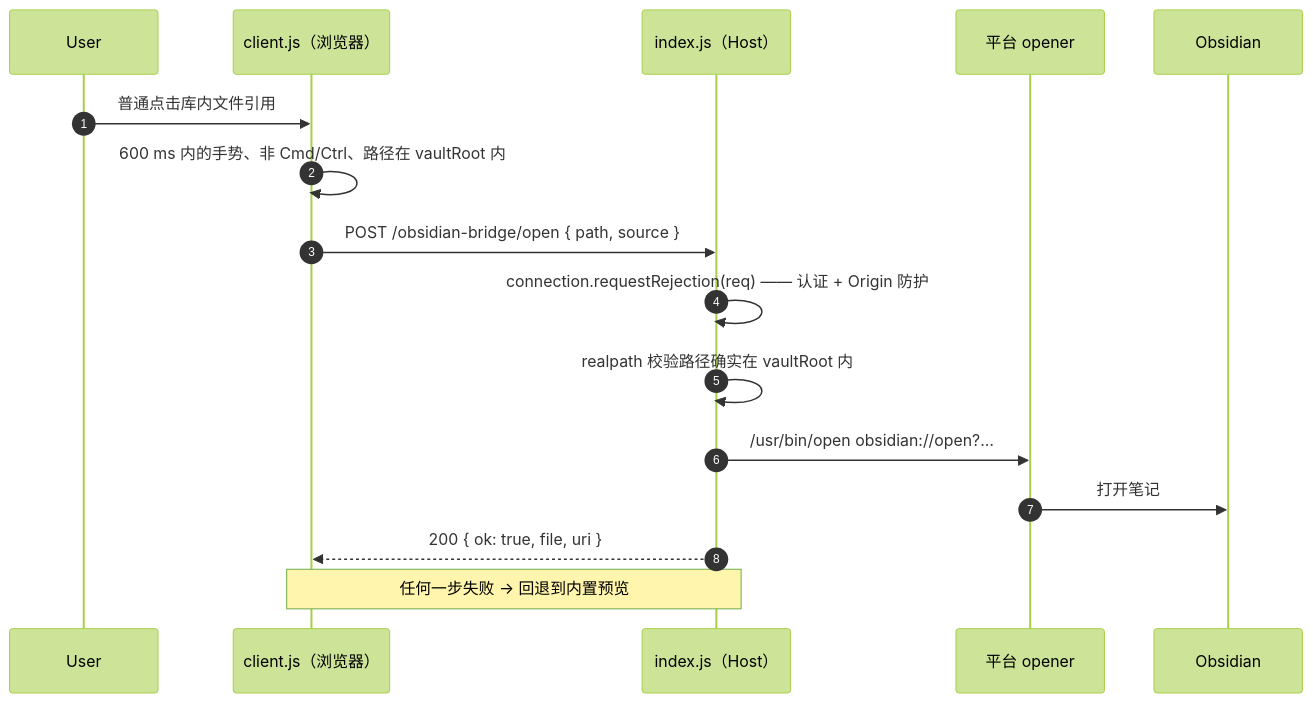
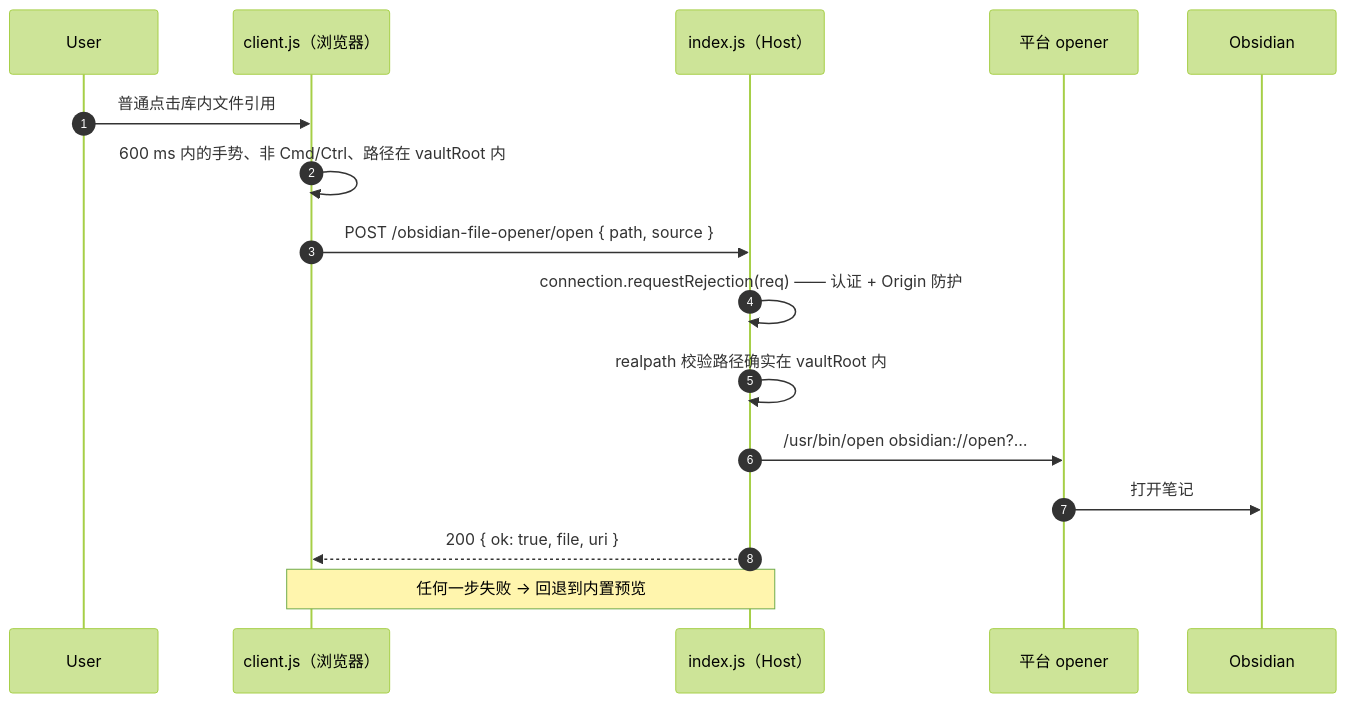
Before and after one commit to Wang-Chuming/dsh-obsidian-file-opener: the diagram in README.zh-CN.md, drawn with Mermaid (forest theme). The commit also changed other lines of this file and 10 other files, not shown here.

First line of the commit message:
refactor!: rename to dsh-obsidian-file-opener

````diff
--- a/README.zh-CN.md
+++ b/README.zh-CN.md
@@ -24,19 +24,19 @@
 ```mermaid
 sequenceDiagram
     autonumber
     participant User
     participant Client as client.js（浏览器）
     participant Host as index.js（Host）
     participant OS as 平台 opener
     participant Obsidian
 
     User->>Client: 普通点击库内文件引用
     Client->>Client: 600 ms 内的手势、非 Cmd/Ctrl、路径在 vaultRoot 内
-    Client->>Host: POST /obsidian-bridge/open { path, source }
+    Client->>Host: POST /obsidian-file-opener/open { path, source }
     Host->>Host: connection.requestRejection(req) —— 认证 + Origin 防护
     Host->>Host: realpath 校验路径确实在 vaultRoot 内
     Host->>OS: /usr/bin/open obsidian://open?…
     OS->>Obsidian: 打开笔记
     Host-->>Client: 200 { ok: true, file, uri }
     Note over Client,Host: 任何一步失败 → 回退到内置预览
 ```
````
